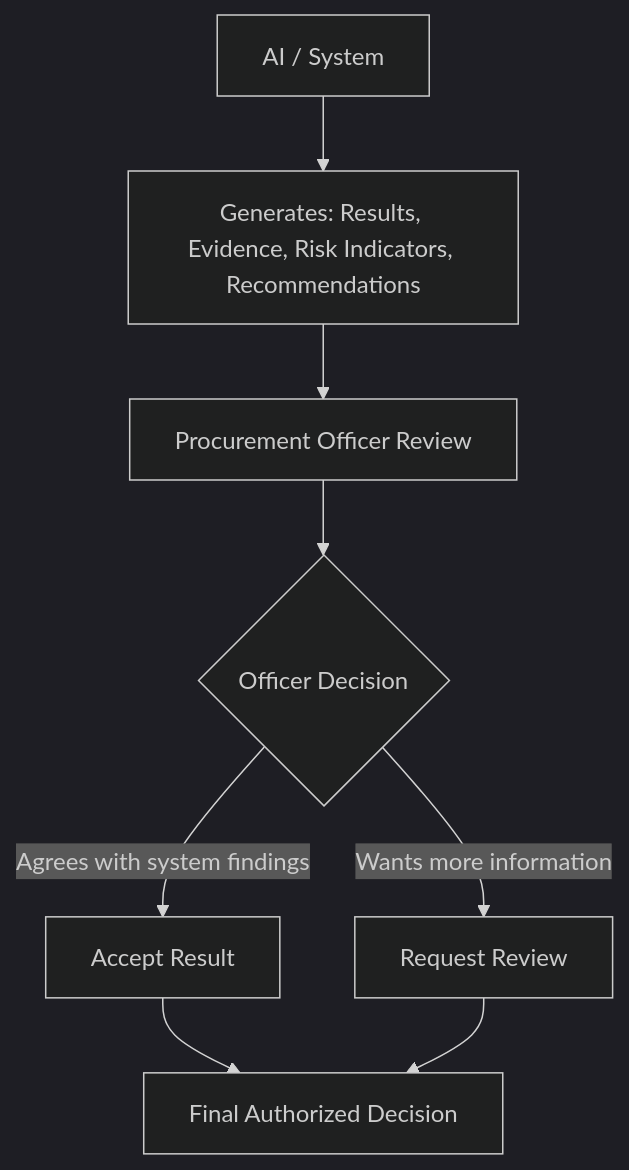
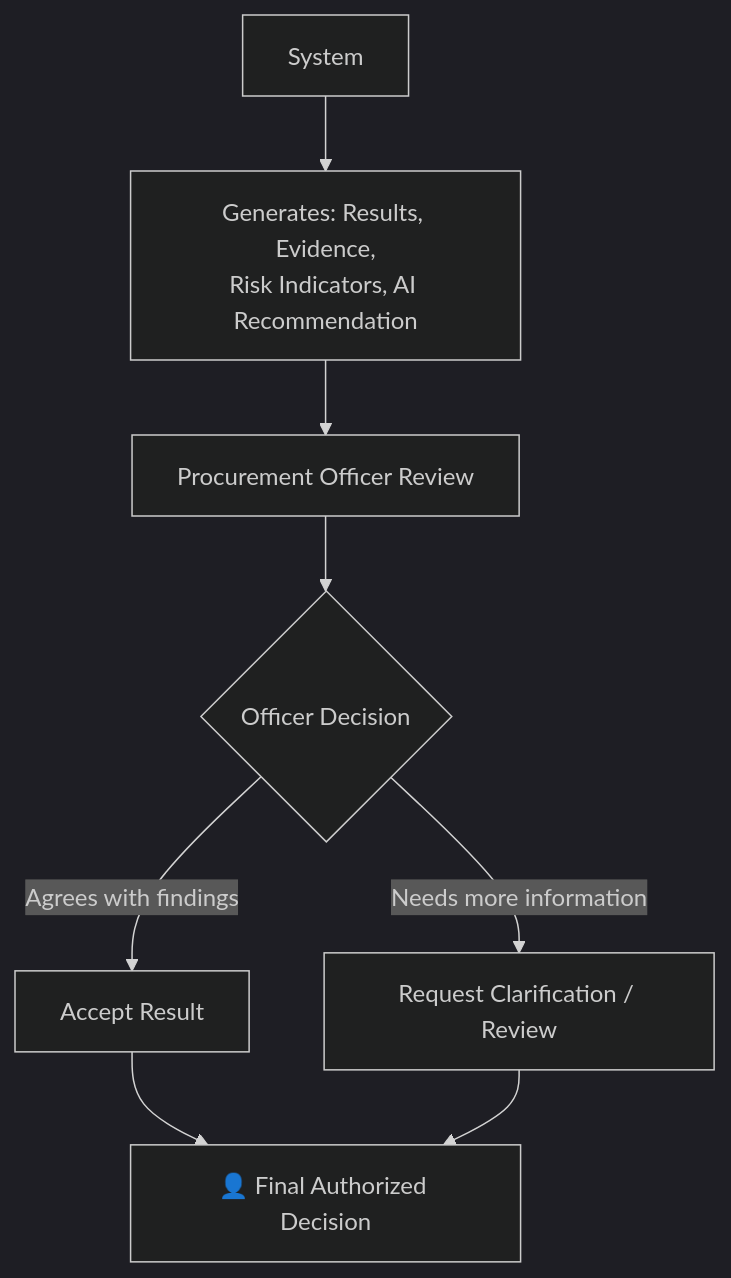
Before and after one commit to IshanWankhede/BidVerify-AI: the ninth of 10 diagrams in Flow-Diagram.md, drawn with Mermaid (dark theme). The commit also changed other lines of this file and 5 other files, not shown here.

````diff
--- a/Flow-Diagram.md
+++ b/Flow-Diagram.md
@@ -129,10 +212,10 @@
 ```mermaid
 flowchart TD
-    A[AI / System] --> B["Generates: Results, Evidence, Risk Indicators, Recommendations"]
+    A[System] --> B["Generates: Results, Evidence,<br/>Risk Indicators, AI Recommendation"]
     B --> C[Procurement Officer Review]
     C --> D{Officer Decision}
-    D -->|Agrees with system findings| E[Accept Result]
-    D -->|Wants more information| F[Request Review]
-    E --> G[Final Authorized Decision]
+    D -->|Agrees with findings| E[Accept Result]
+    D -->|Needs more information| F[Request Clarification / Review]
+    E --> G[👤 Final Authorized Decision]
     F --> G
 ```
````
